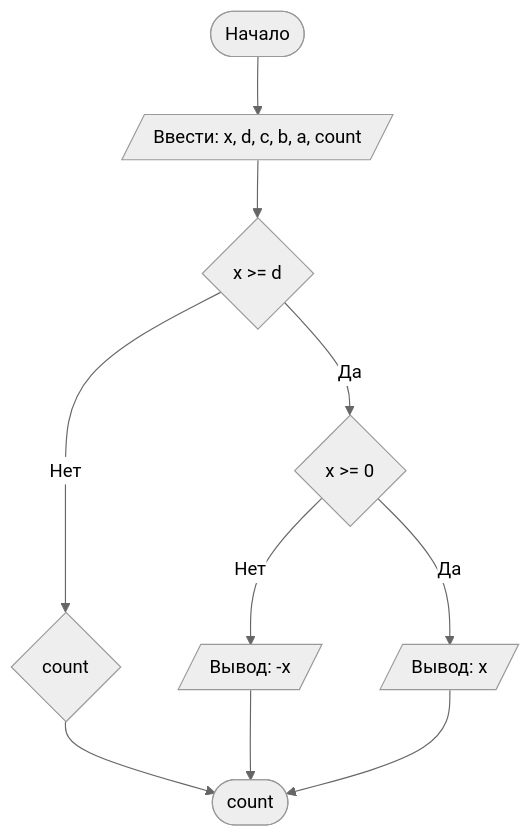
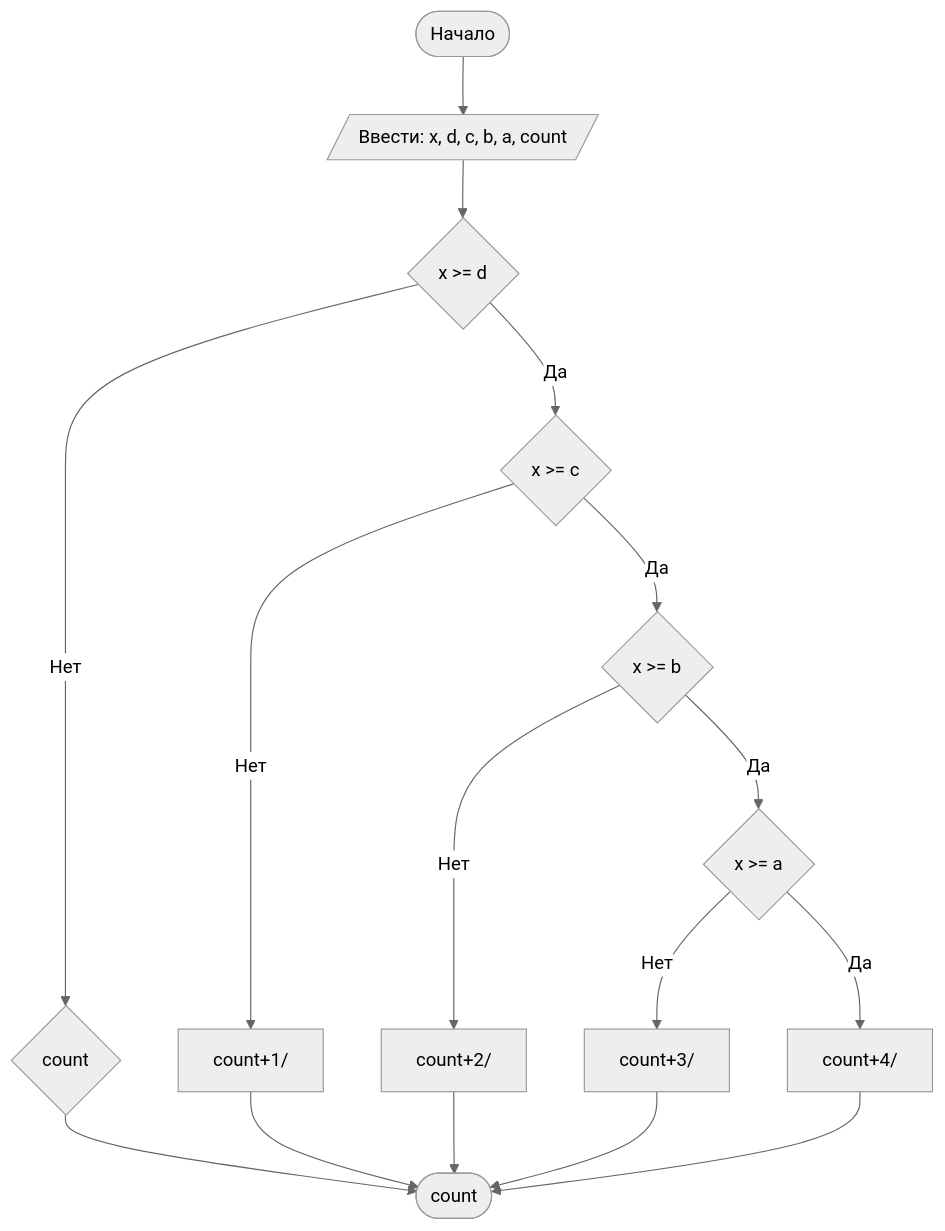
The diagram in README.md (yantselovskiy5667/Lab1), drawn with Mermaid (neutral theme) before and after one commit.

````diff
--- a/README.md
+++ b/README.md
@@ -117,14 +117,21 @@
 ```mermaid
 graph TD
     A([Начало]) --> B[/Ввести: x, d, c, b, a, count /]
     B --> C{x >= d}
     C -- Нет --> D{count}
     D -->Z([count])
-    C -- Да --> I{x >= 0}
-    I -- Нет --> J[/Вывод: -x/]
-    I -- Да --> K[/Вывод: x/]
+    C -- Да --> I{x >= c}
+    I -- Нет --> J[count+1/]
+    I -- Да --> K{x >= b}
+    K -- Нет --> P[count+2/]
+    K -- Да --> S{x >= a}
+    S -- Нет --> T[count+3/]
+    S -- Да --> F[count+4/]
     J --> Z
-    K --> Z
+    P --> Z
+    T --> Z
+    F --> Z
+
     
 
 ```
````
